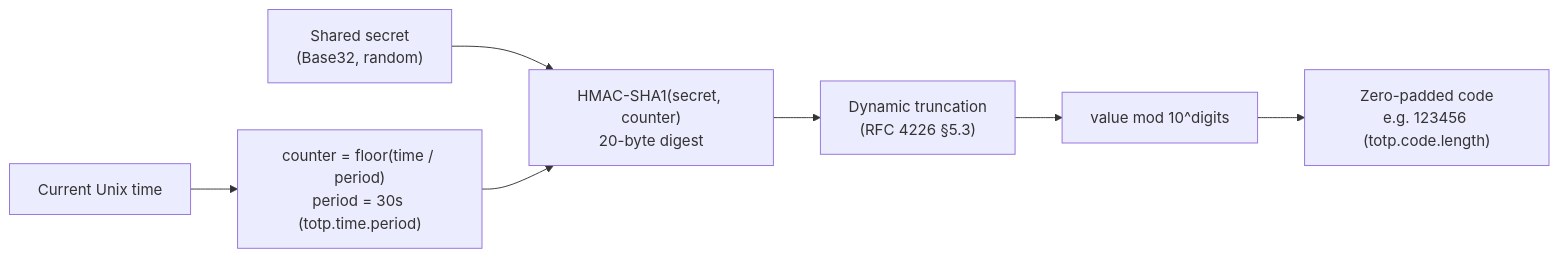
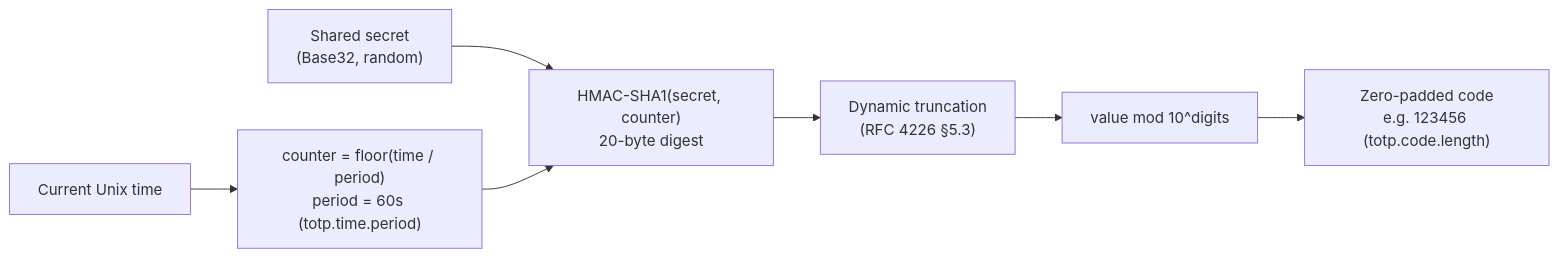
The second of 7 diagrams in README.md (himnay/learning-totp), drawn with Mermaid before and after one commit. The commit also changed other lines of this file and 18 other files, not shown here.

````diff
--- a/README.md
+++ b/README.md
@@ -192,9 +204,9 @@
 ```mermaid
 flowchart LR
     A["Shared secret<br/>(Base32, random)"] --> D
-    B["Current Unix time"] --> C["counter = floor(time / period)<br/>period = 30s (totp.time.period)"]
+    B["Current Unix time"] --> C["counter = floor(time / period)<br/>period = 60s (totp.time.period)"]
     C --> D["HMAC-SHA1(secret, counter)<br/>20-byte digest"]
     D --> E["Dynamic truncation<br/>(RFC 4226 §5.3)"]
     E --> F["value mod 10^digits"]
     F --> G["Zero-padded code<br/>e.g. 123456 (totp.code.length)"]
 ```
````
